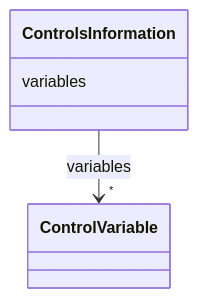
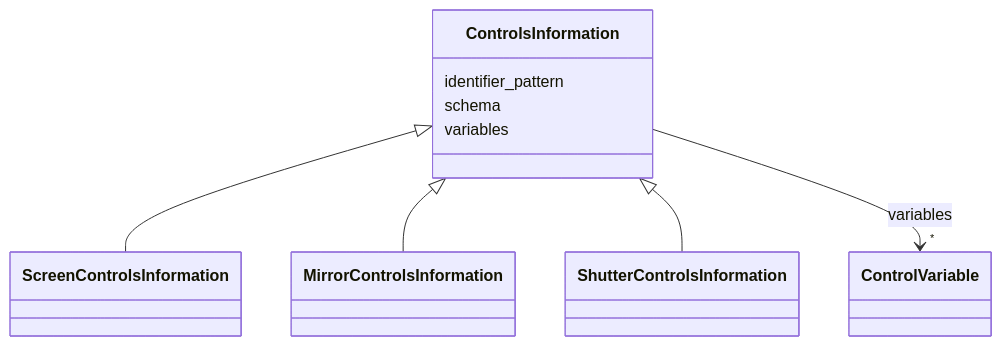
The diagram in docs/source/schema/ControlsInformation.md (astec-stfc/laura), drawn with Mermaid before and after one commit. The commit also changed other lines of this file and 71 other files, not shown here.

````diff
--- a/docs/source/schema/ControlsInformation.md
+++ b/docs/source/schema/ControlsInformation.md
@@ -18,17 +18,28 @@
 ```mermaid
  classDiagram
     class ControlsInformation
     click ControlsInformation href "../ControlsInformation/"
+      ControlsInformation <|-- ScreenControlsInformation
+        click ScreenControlsInformation href "../ScreenControlsInformation/"
+      ControlsInformation <|-- MirrorControlsInformation
+        click MirrorControlsInformation href "../MirrorControlsInformation/"
+      ControlsInformation <|-- ShutterControlsInformation
+        click ShutterControlsInformation href "../ShutterControlsInformation/"
+      
+      ControlsInformation : identifier_pattern
+        
+      ControlsInformation : schema
+        
       ControlsInformation : variables
         
           
     
         
         
         ControlsInformation --> "*" ControlVariable : variables
         click ControlVariable href "../ControlVariable/"
     
 
         
       
 ```
````
